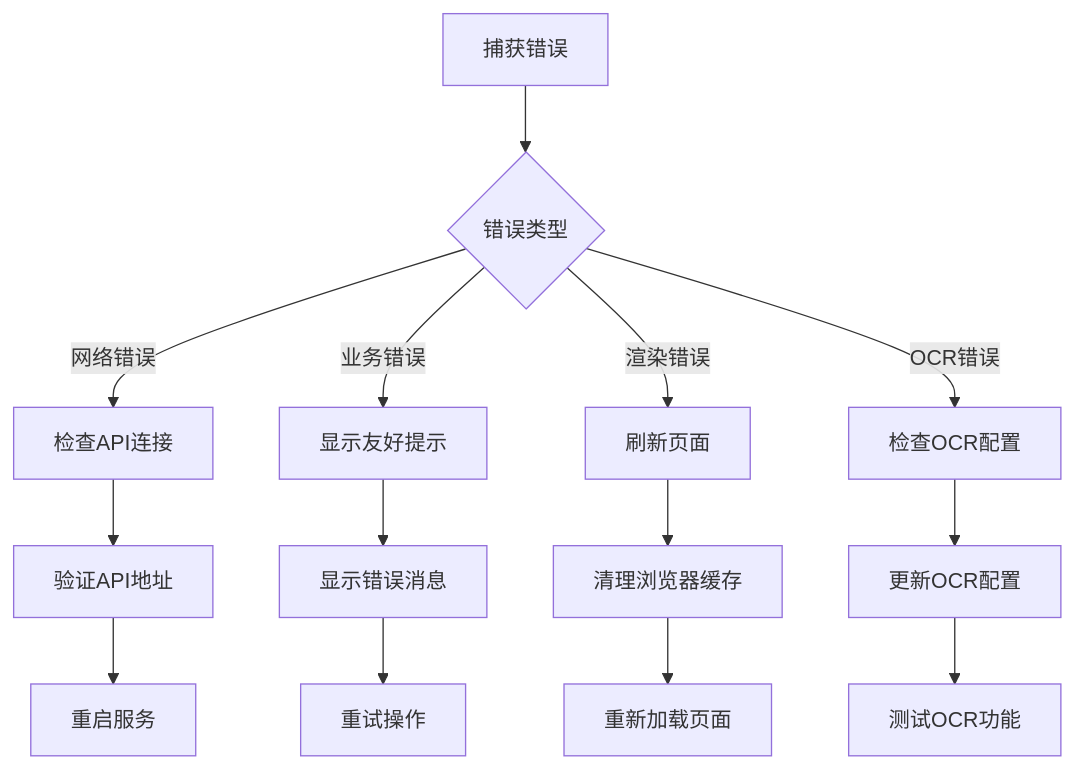
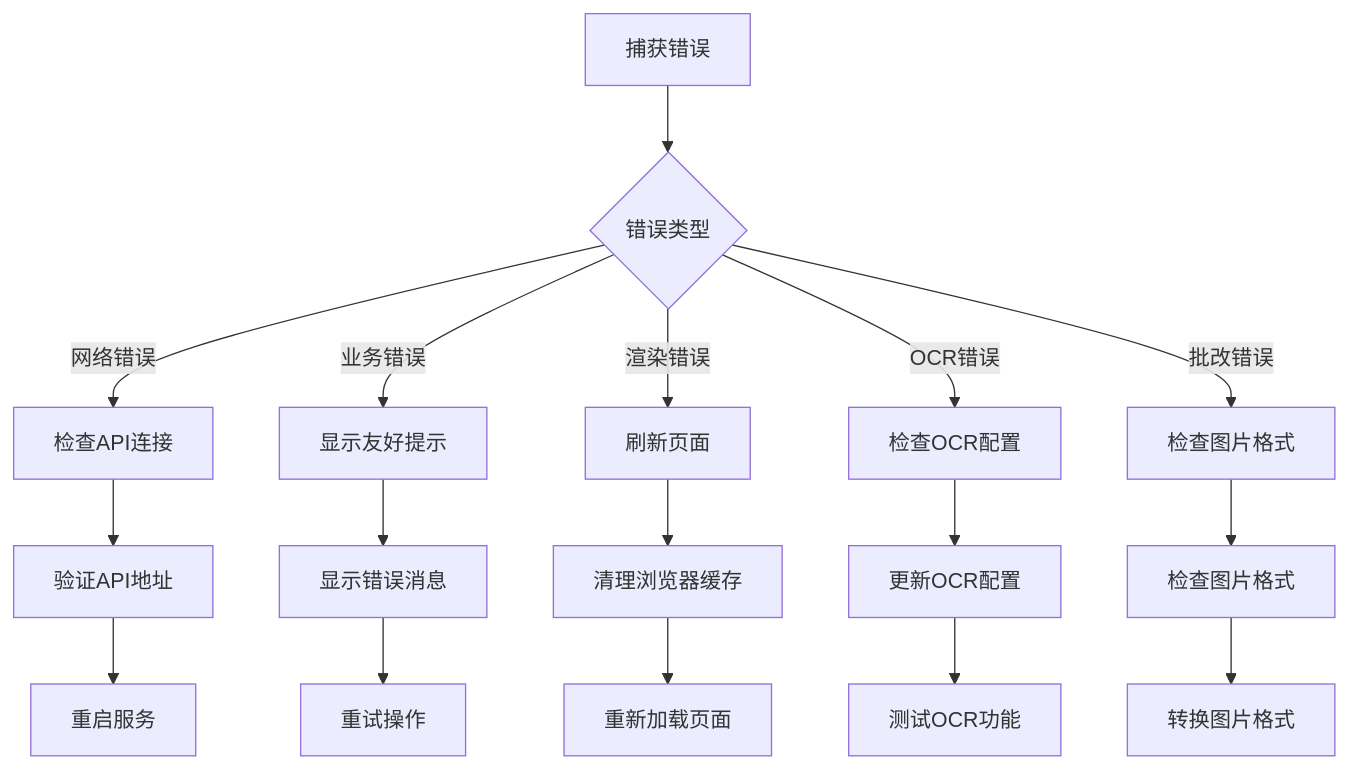
Before and after one commit to SimonWHL/math-learning: the tenth of 10 diagrams in .qoder/repowiki/zh/content/项目结构/核心生成器.md, drawn with Mermaid. The commit also changed other lines of this file and 4 other files, not shown here.

````diff
--- a/.qoder/repowiki/zh/content/项目结构/核心生成器.md
+++ b/.qoder/repowiki/zh/content/项目结构/核心生成器.md
@@ -397,16 +502,19 @@
 ```mermaid
 flowchart TD
 Error[捕获错误] --> Type{错误类型}
 Type --> |网络错误| Network[检查API连接]
 Type --> |业务错误| Business[显示友好提示]
 Type --> |渲染错误| Render[刷新页面]
 Type --> |OCR错误| OCRFix[检查OCR配置]
+Type --> |批改错误| GradeFix[检查图片格式]
 Network --> CheckAPI[验证API地址]
 CheckAPI --> Restart[重启服务]
 Business --> ShowMsg[显示错误消息]
 ShowMsg --> Retry[重试操作]
 OCRFix --> UpdateConfig[更新OCR配置]
 UpdateConfig --> TestOCR[测试OCR功能]
+GradeFix --> CheckFormat[检查图片格式]
+CheckFormat --> ConvertFormat[转换图片格式]
 Render --> ClearCache[清理浏览器缓存]
 ClearCache --> Reload[重新加载页面]
 ```
````
